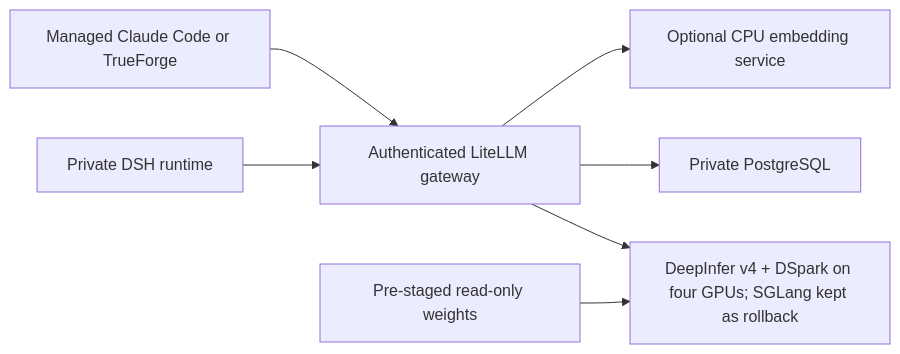
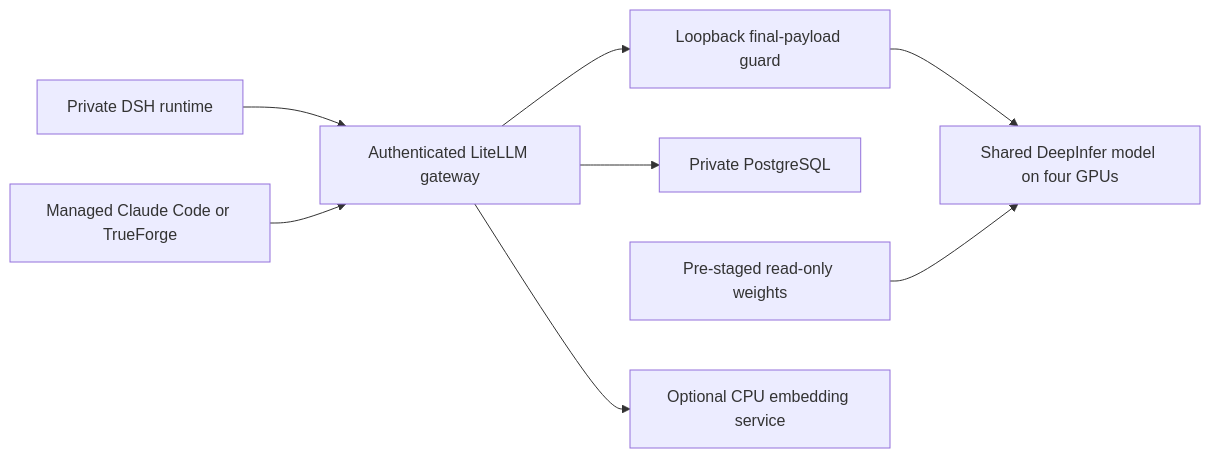
One commit to skunpoj/dsh_setup changed the fourth of 4 diagrams in docs/DSH_PLATFORM_GUIDE.md. Above: the diagram before and after it, drawn with Mermaid. The commit also changed other lines of this file and 121 other files, not shown here.

````diff
--- a/docs/DSH_PLATFORM_GUIDE.md
+++ b/docs/DSH_PLATFORM_GUIDE.md
@@ -451,9 +444,10 @@
 ```mermaid
 flowchart LR
  U[Private DSH runtime] --> L[Authenticated LiteLLM gateway]
  C[Managed Claude Code or TrueForge] --> L
- L --> S[DeepInfer v4 + DSpark on four GPUs; SGLang kept as rollback]
+ L --> F[Loopback final-payload guard]
+ F --> S[Shared DeepInfer model on four GPUs]
  L --> D[Private PostgreSQL]
  W[Pre-staged read-only weights] --> S
  L --> O[Optional CPU embedding service]
 ```
````
